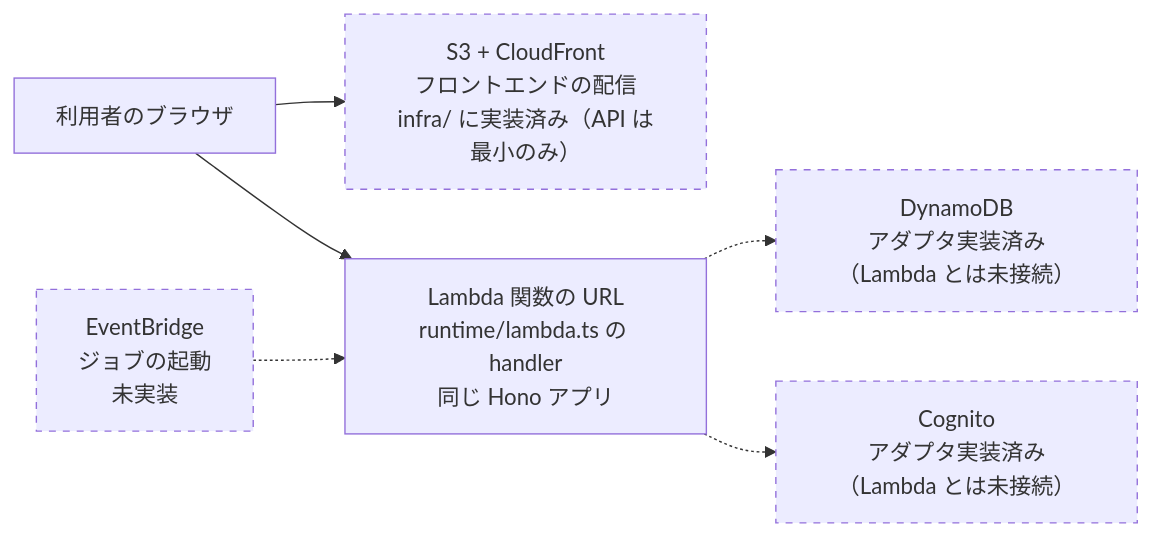
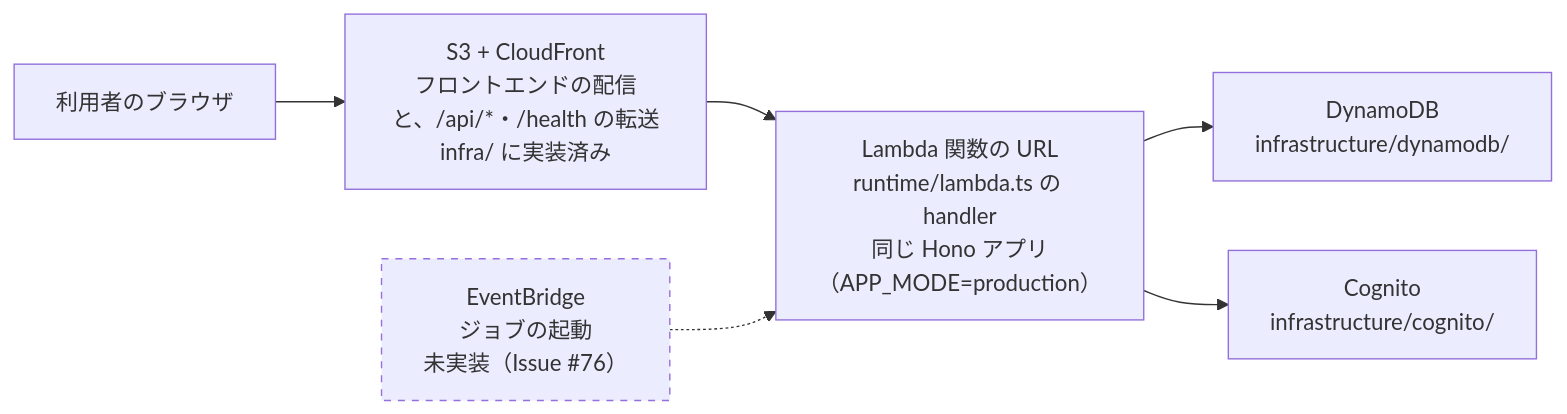
The tenth of 46 diagrams in docs/10_design/architecture/as-built.md (NS-APU/smart-farm-monitoring), drawn with Mermaid before and after one commit. The commit also changed other lines of this file and 9 other files, not shown here.

First line of the commit message:
docs: API の Lambda の本番モードの組み立て（ADR-0009）と、関連するドキュメントを反映する

````diff
--- a/docs/10_design/architecture/as-built.md
+++ b/docs/10_design/architecture/as-built.md
@@ -1011,18 +1011,18 @@
 ```mermaid
 flowchart LR
   USER["利用者のブラウザ"]
-  HOST["S3 + CloudFront<br>フロントエンドの配信<br>infra/ に実装済み（API は最小のみ）"]
-  LAM["Lambda 関数の URL<br>runtime/lambda.ts の handler<br>同じ Hono アプリ"]
-  EB["EventBridge<br>ジョブの起動<br>未実装"]
-  DDB["DynamoDB<br>アダプタ実装済み（Lambda とは未接続）"]
-  COG["Cognito<br>アダプタ実装済み（Lambda とは未接続）"]
+  HOST["S3 + CloudFront<br>フロントエンドの配信と、/api/*・/health の転送<br>infra/ に実装済み"]
+  LAM["Lambda 関数の URL<br>runtime/lambda.ts の handler<br>同じ Hono アプリ（APP_MODE=production）"]
+  EB["EventBridge<br>ジョブの起動<br>未実装（Issue #76）"]
+  DDB["DynamoDB<br>infrastructure/dynamodb/"]
+  COG["Cognito<br>infrastructure/cognito/"]
 
   USER --> HOST
-  USER --> LAM
+  HOST --> LAM
   EB -.-> LAM
-  LAM -.-> DDB
-  LAM -.-> COG
+  LAM --> DDB
+  LAM --> COG
 
   classDef todo stroke-dasharray: 5 5
-  class HOST,EB,DDB,COG todo
+  class EB todo
 ```
````
